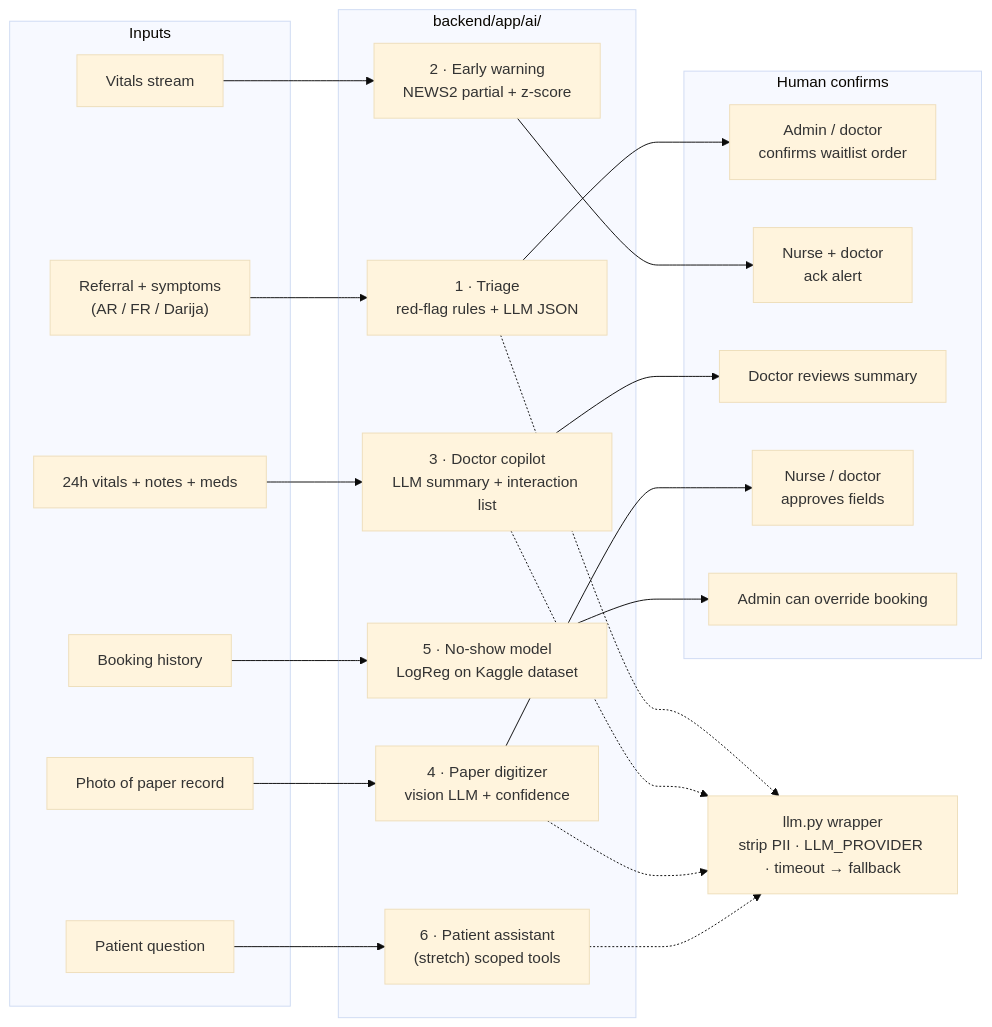
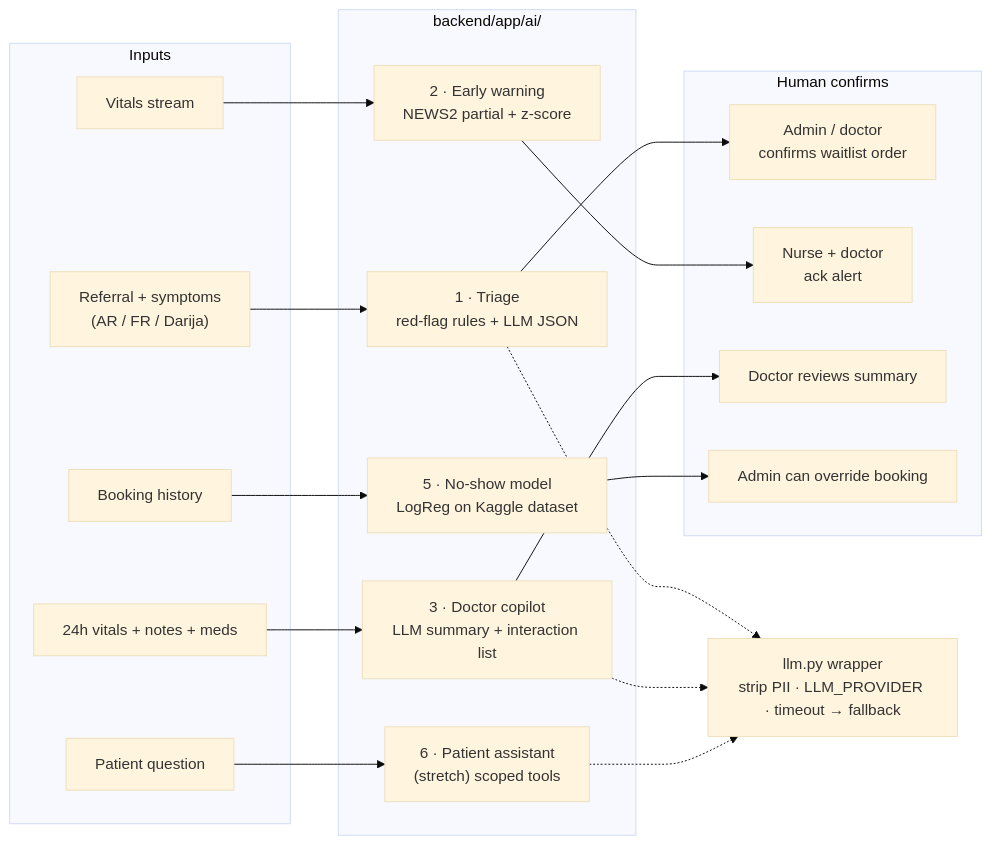
The fifth of 5 diagrams in docs/architecture.md (Faouzi-Blibech/smarty-hospital-), drawn with Mermaid (base theme) before and after one commit. The commit also changed other lines of this file and 12 other files, not shown here.

First line of the commit message:
docs: core-first build order; drop the paper digitizer

````diff
--- a/docs/architecture.md
+++ b/docs/architecture.md
@@ -202,34 +201,30 @@
 ```mermaid
 flowchart LR
   subgraph In["Inputs"]
     REF["Referral + symptoms<br/>(AR / FR / Darija)"]
     VS["Vitals stream"]
     H24["24h vitals + notes + meds"]
-    IMG["Photo of paper record"]
     HIST["Booking history"]
     Q["Patient question"]
   end
   subgraph Mods["backend/app/ai/"]
     T["1 · Triage<br/>red-flag rules + LLM JSON"]
     EW["2 · Early warning<br/>NEWS2 partial + z-score"]
     CP["3 · Doctor copilot<br/>LLM summary + interaction list"]
-    DG["4 · Paper digitizer<br/>vision LLM + confidence"]
     NS["5 · No-show model<br/>LogReg on Kaggle dataset"]
     PA["6 · Patient assistant<br/>(stretch) scoped tools"]
   end
   W["llm.py wrapper<br/>strip PII · LLM_PROVIDER · timeout → fallback"]
   subgraph Human["Human confirms"]
     HA["Admin / doctor<br/>confirms waitlist order"]
     HN["Nurse + doctor<br/>ack alert"]
     HD["Doctor reviews summary"]
-    HR["Nurse / doctor<br/>approves fields"]
     HO["Admin can override booking"]
   end
   REF --> T --> HA
   VS --> EW --> HN
   H24 --> CP --> HD
-  IMG --> DG --> HR
   HIST --> NS --> HO
   Q --> PA
-  T & CP & DG & PA -.-> W
+  T & CP & PA -.-> W
 ```
````
